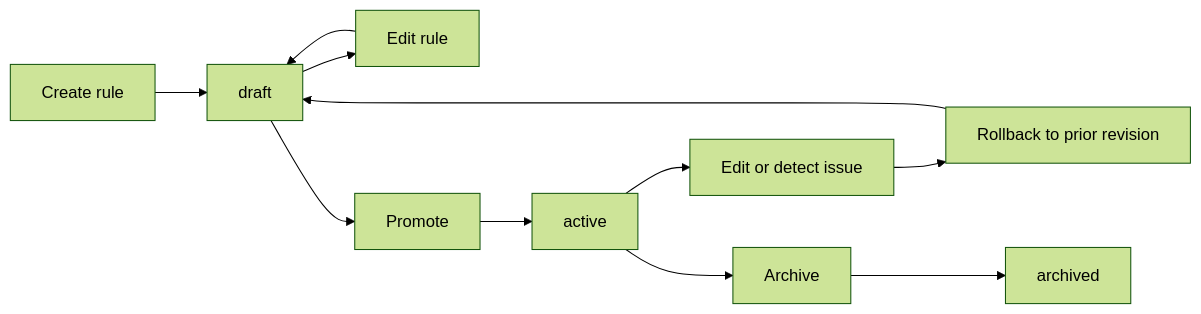
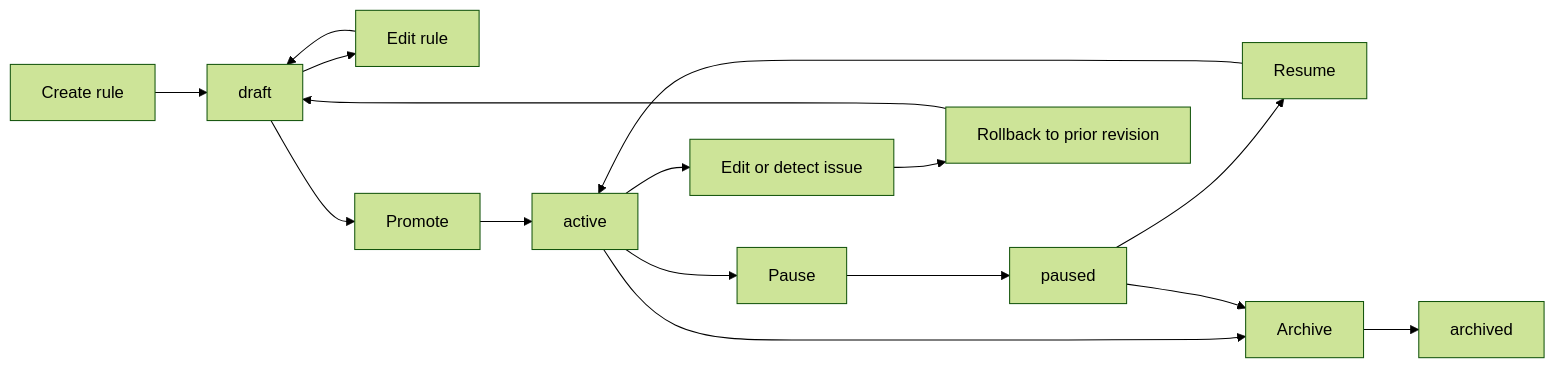
The diagram in docs/blog/rule-lifecycle-management.md (sofeikov/ezrules), drawn with Mermaid (forest theme) before and after one commit. The commit also changed other lines of this file and 22 other files, not shown here.

````diff
--- a/docs/blog/rule-lifecycle-management.md
+++ b/docs/blog/rule-lifecycle-management.md
@@ -48,13 +51,18 @@
 ```mermaid
 flowchart LR
     A[Create rule] --> B[draft]
     B --> C[Edit rule]
     C --> B
     B --> D[Promote]
     D --> E[active]
-    E --> F[Edit or detect issue]
-    F --> G[Rollback to prior revision]
-    G --> B
-    E --> H[Archive]
-    H --> I[archived]
+    E --> F[Pause]
+    F --> G[paused]
+    G --> H[Resume]
+    H --> E
+    E --> I[Edit or detect issue]
+    I --> J[Rollback to prior revision]
+    J --> B
+    E --> K[Archive]
+    G --> K
+    K --> L[archived]
 ```
````
